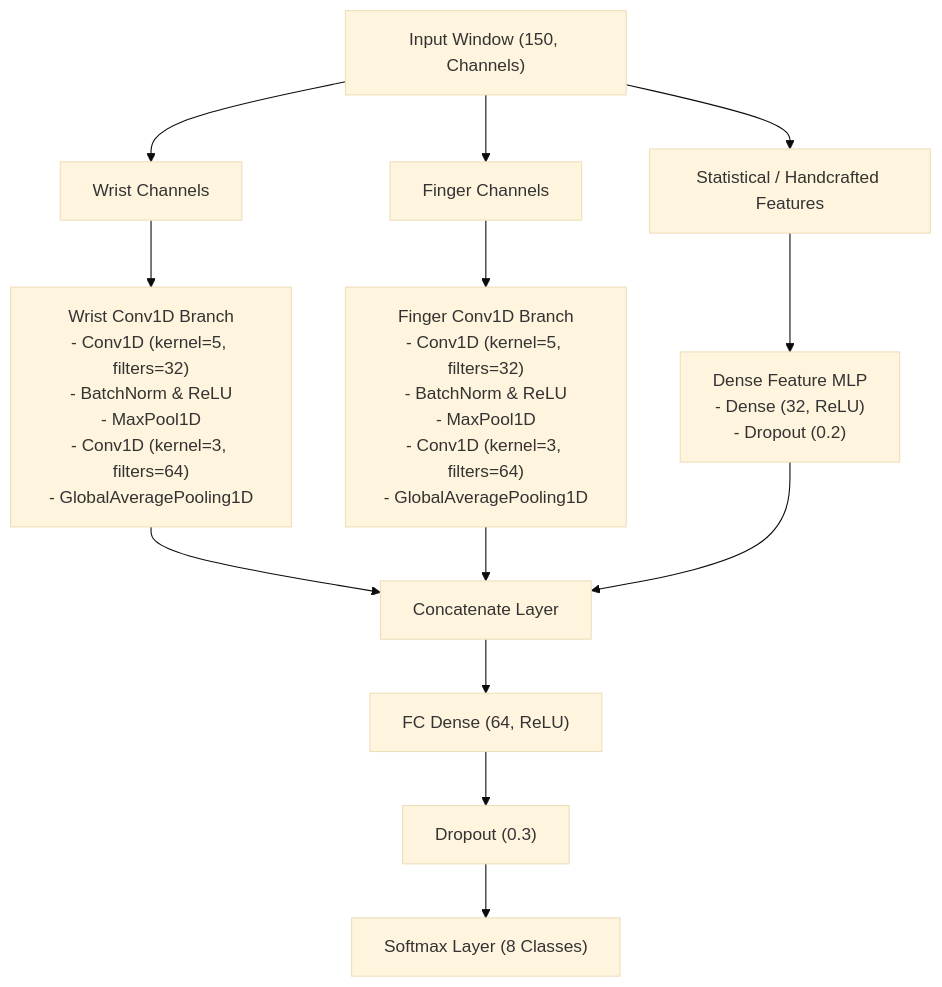
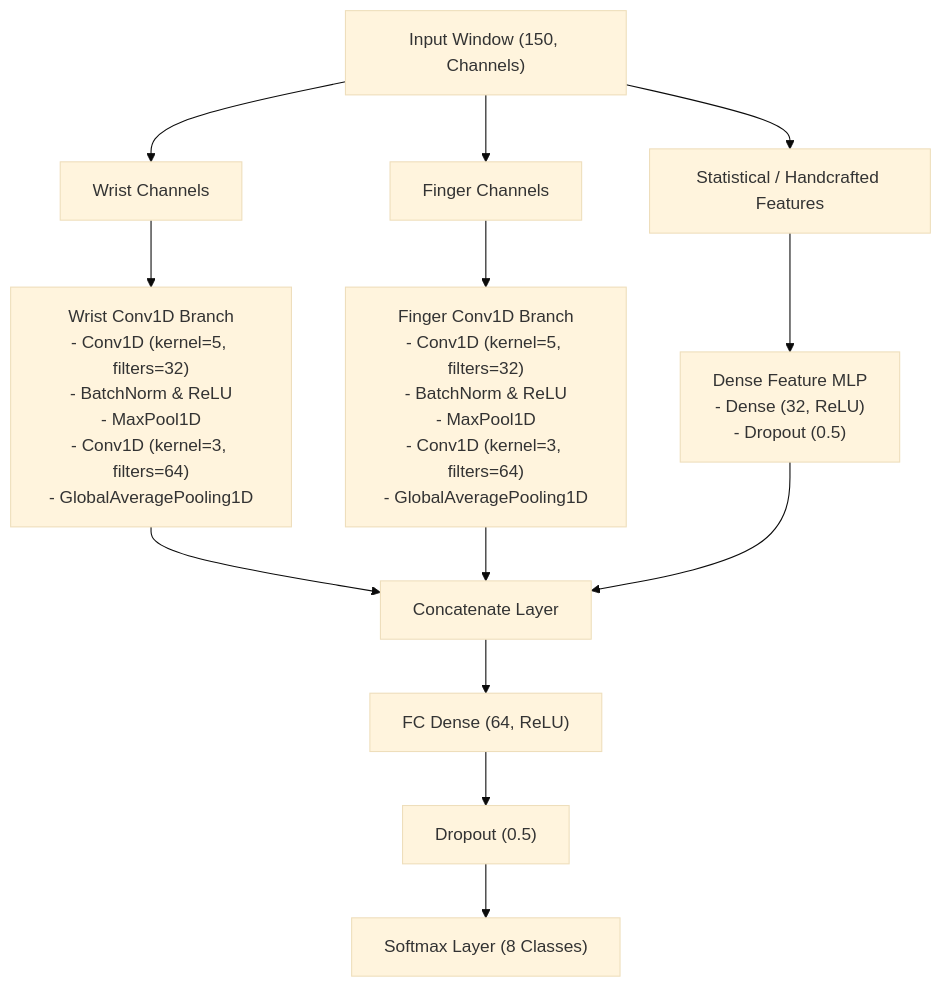
One commit to printjan/GestureGlove changed the first of 3 diagrams in documentation/model_architectures/late_fusion_multi_branch_1d_cnn_test_model.md. Above: the diagram before and after it, drawn with Mermaid (base theme). The commit also changed other lines of this file and 4 other files, not shown here.

````diff
--- a/documentation/model_architectures/late_fusion_multi_branch_1d_cnn_test_model.md
+++ b/documentation/model_architectures/late_fusion_multi_branch_1d_cnn_test_model.md
@@ -55,20 +57,20 @@
 ```mermaid
 graph TD
     Input["Input Window (150, Channels)"] --> W_Split["Wrist Channels"]
     Input --> F_Split["Finger Channels"]
     Input --> S_Split["Statistical / Handcrafted Features"]
 
     W_Split --> Branch1["Wrist Conv1D Branch<br/>- Conv1D (kernel=5, filters=32)<br/>- BatchNorm & ReLU<br/>- MaxPool1D<br/>- Conv1D (kernel=3, filters=64)<br/>- GlobalAveragePooling1D"]
     
     F_Split --> Branch2["Finger Conv1D Branch<br/>- Conv1D (kernel=5, filters=32)<br/>- BatchNorm & ReLU<br/>- MaxPool1D<br/>- Conv1D (kernel=3, filters=64)<br/>- GlobalAveragePooling1D"]
 
-    S_Split --> Branch3["Dense Feature MLP<br/>- Dense (32, ReLU)<br/>- Dropout (0.2)"]
+    S_Split --> Branch3["Dense Feature MLP<br/>- Dense (32, ReLU)<br/>- Dropout (0.5)"]
 
     Branch1 --> Concatenate["Concatenate Layer"]
     Branch2 --> Concatenate
     Branch3 --> Concatenate
 
     Concatenate --> Classifier["FC Dense (64, ReLU)"]
-    Classifier --> Dropout["Dropout (0.3)"]
+    Classifier --> Dropout["Dropout (0.5)"]
     Dropout --> Softmax["Softmax Layer (8 Classes)"]
 ```
````
